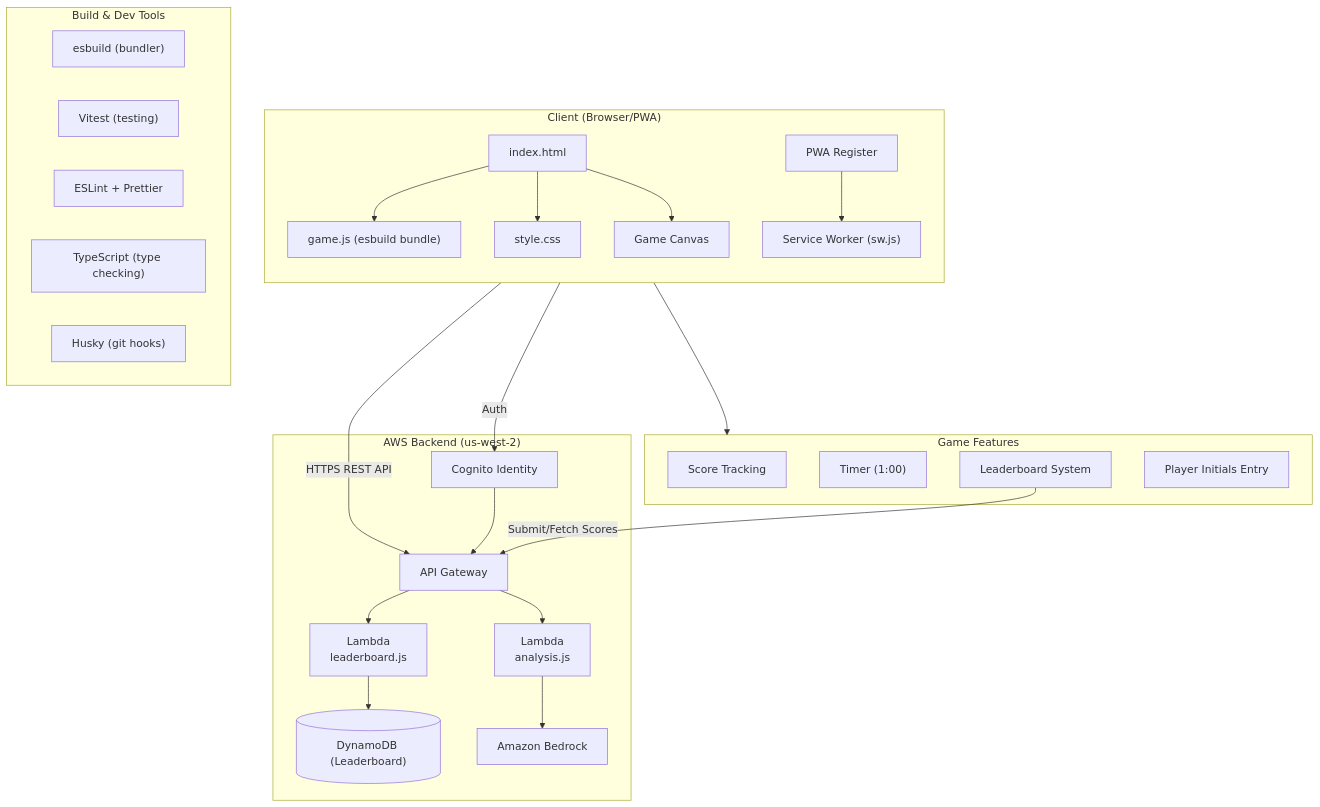
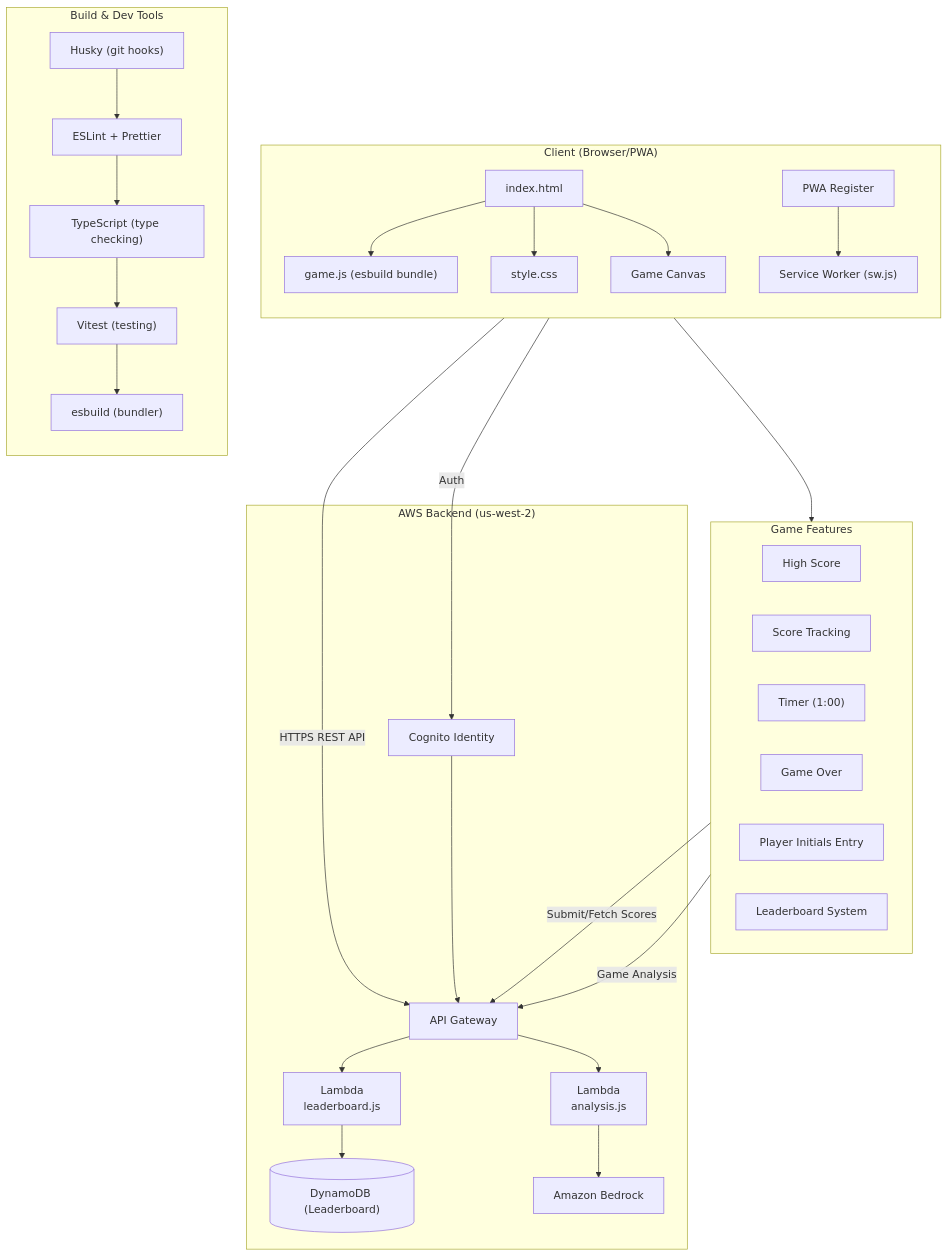
The diagram in docs/architecture.mmd (bstraehle/ai-horizon), drawn with Mermaid before and after one commit. The commit also changed 1 other file, not shown here.

Commit message:
Update Mermaid diagram

```diff
--- a/docs/architecture.mmd
+++ b/docs/architecture.mmd
@@ -1,87 +1,96 @@
 ---
-query: Create an architecture diagram of this NodeJS app
+query: In the attached diagram order the build and dev tools in order of
+  execution.  Also, draw a line from "Game Over" to "API Gateway" for game
+  analysis
 references:
-  - "File: /package.json"
-  - "File: /index.html"
-  - "File: /server"
   - >+
     Reference: <agents>
 
     Here is a list of agents that can be used when running a subagent.
 
     Each agent has optionally a description with the agent's purpose and
     expertise. When asked to run a subagent, choose the most appropriate agent
     from this list.
 
     Use the #tool:agent/runSubagent tool with the agent name to run the
     subagent.
 
     <agent>
 
     <name>Explore</name>
 
     <description>Fast read-only codebase exploration and Q&A subagent. Prefer
     over manually chaining multiple search and file-reading operations to avoid
     cluttering the main conversation. Safe to call in parallel. Specify
     thoroughness: quick, medium, or thorough.</description>
 
     <argumentHint>Describe WHAT you're looking for and desired thoroughness
     (quick/medium/thorough)</argumentHint>
 
     </agent>
 
     </agents>
 
-generationTime: 2026-04-20T00:17:32.973Z
+generationTime: 2026-04-20T02:55:28.074Z
 ---
 flowchart TB
     subgraph Client ["Client (Browser/PWA)"]
         direction TB
         HTML["index.html"]
         JS["game.js (esbuild bundle)"]
         CSS["style.css"]
         SW["Service Worker (sw.js)"]
         PWA["PWA Register"]
         Canvas["Game Canvas"]
-        
+
         HTML --> JS
         HTML --> CSS
         HTML --> Canvas
         PWA --> SW
     end
 
     subgraph BuildTools ["Build & Dev Tools"]
-        ESBuild["esbuild (bundler)"]
-        Vitest["Vitest (testing)"]
+        direction TB
+        Husky["Husky (git hooks)"]
         ESLint["ESLint + Prettier"]
         TypeScript["TypeScript (type checking)"]
-        Husky["Husky (git hooks)"]
+        Vitest["Vitest (testing)"]
+        ESBuild["esbuild (bundler)"]
+
+        Husky --> ESLint
+        ESLint --> TypeScript
+        TypeScript --> Vitest
+        Vitest --> ESBuild
     end
 
     subgraph AWS ["AWS Backend (us-west-2)"]
         APIGW["API Gateway"]
         Cognito["Cognito Identity"]
         LeaderboardLambda["Lambda\nleaderboard.js"]
         AnalysisLambda["Lambda\nanalysis.js"]
         Bedrock["Amazon Bedrock"]
         DynamoDB[("DynamoDB (Leaderboard)")]
-        
+
         APIGW --> LeaderboardLambda
         APIGW --> AnalysisLambda
         LeaderboardLambda --> DynamoDB
         AnalysisLambda --> Bedrock
         Cognito --> APIGW
     end
 
-    JS --> |"HTTPS REST API"| APIGW
-    JS --> |"Auth"| Cognito
-    
+    JS -->|"HTTPS REST API"| APIGW
+    JS -->|"Auth"| Cognito
+
     subgraph GameFeatures ["Game Features"]
+        direction LR
+        HighScore["High Score"]
         Score["Score Tracking"]
         Timer["Timer (1:00)"]
+        GameOver["Game Over"]
+        Initials["Player Initials Entry"]
         Leaderboard["Leaderboard System"]
-        Initials["Player Initials Entry"]
     end
 
     Canvas --> GameFeatures
-    Leaderboard --> |"Submit/Fetch Scores"| APIGW
+    Leaderboard -->|"Submit/Fetch Scores"| APIGW
+    GameOver -->|"Game Analysis"| APIGW
```
